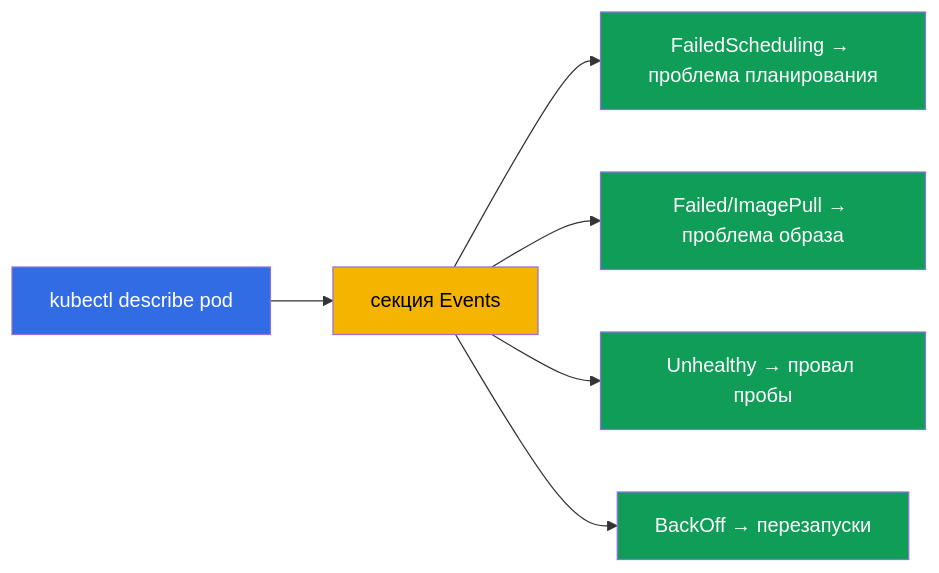
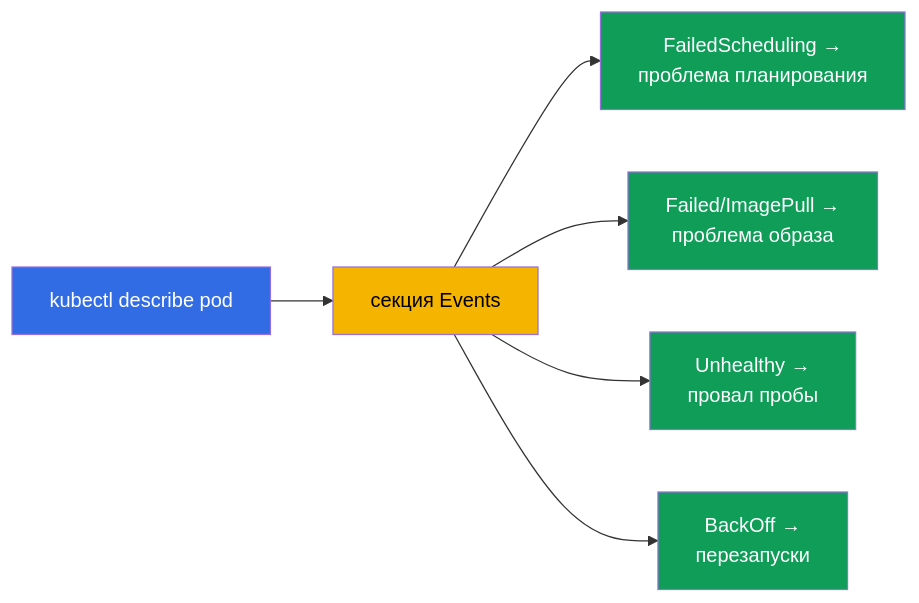
One commit to ViktorUJ/cks changed the second of 6 diagrams in tasks/cka/course/29/ru.md. Above: the diagram before and after it, drawn with Mermaid. The commit also changed other lines of this file and 30 other files, not shown here.

````diff
--- a/tasks/cka/course/29/ru.md
+++ b/tasks/cka/course/29/ru.md
@@ -48,14 +48,14 @@
 ```mermaid
 flowchart LR
     desc["kubectl describe pod"] --> ev["секция Events"]
-    ev --> e1["FailedScheduling → проблема планирования"]
-    ev --> e2["Failed/ImagePull → проблема образа"]
-    ev --> e3["Unhealthy → провал пробы"]
-    ev --> e4["BackOff → перезапуски"]
+    ev --> e1["FailedScheduling →<br>проблема планирования"]
+    ev --> e2["Failed/ImagePull →<br>проблема образа"]
+    ev --> e3["Unhealthy →<br>провал пробы"]
+    ev --> e4["BackOff →<br>перезапуски"]
     style desc fill:#326ce5,color:#fff
     style ev fill:#f4b400,color:#000
     style e1 fill:#0f9d58,color:#fff
     style e2 fill:#0f9d58,color:#fff
     style e3 fill:#0f9d58,color:#fff
     style e4 fill:#0f9d58,color:#fff
 ```
````
